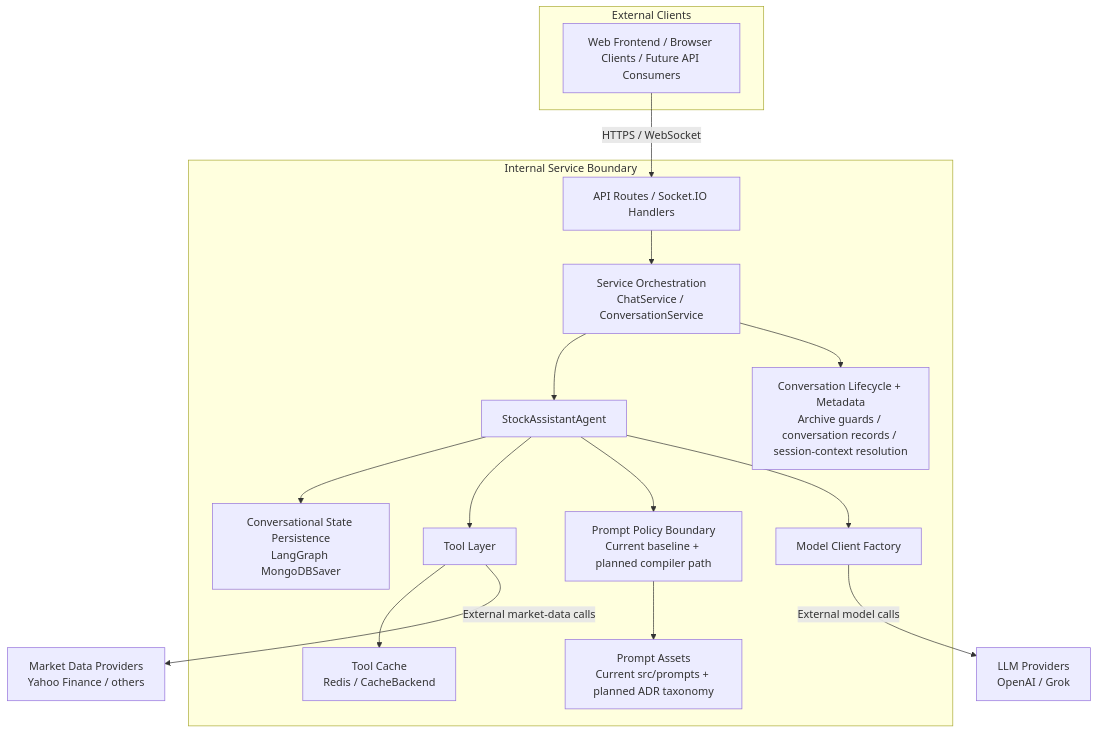
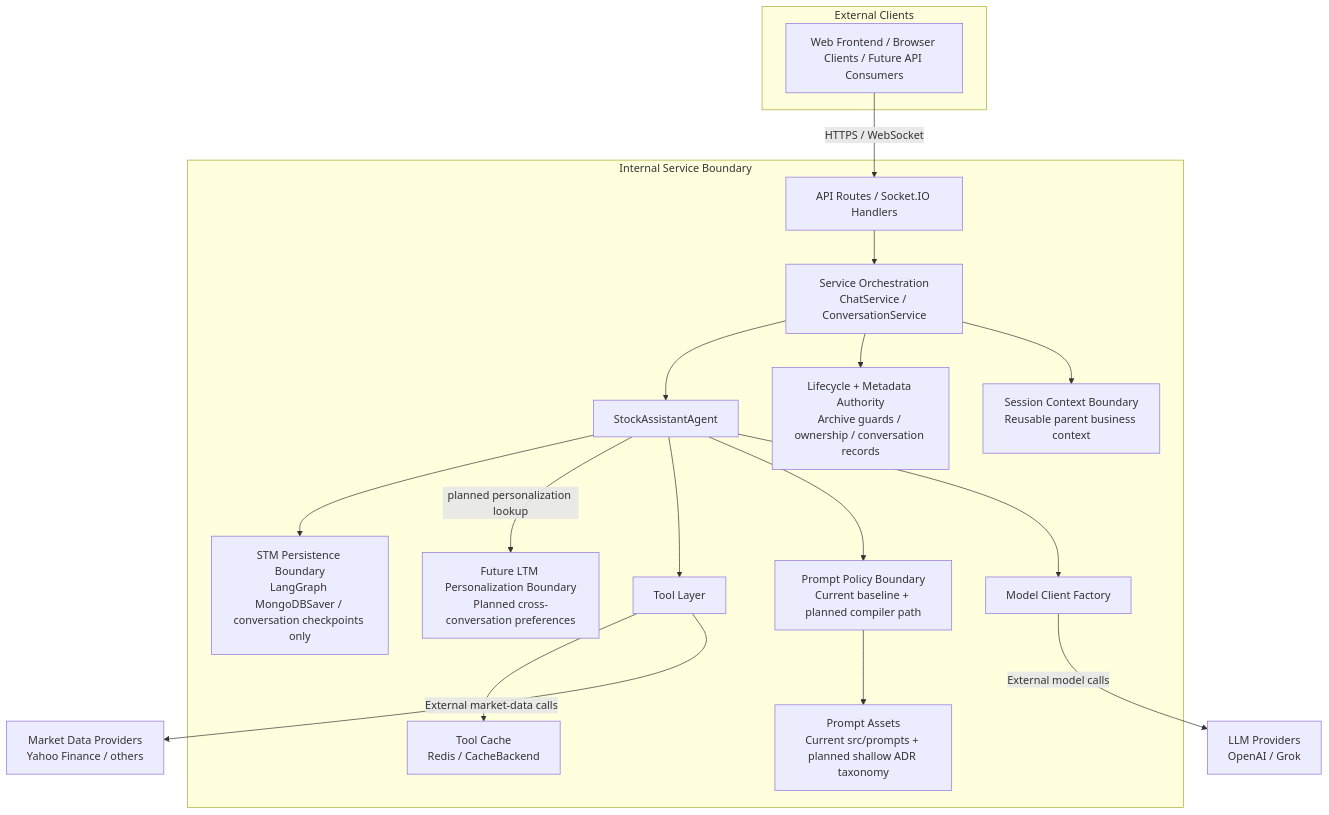
Before and after one commit to d-dragon/dp-stock-investment-assistant: the first of 12 diagrams in docs/domains/agent/ARCHITECTURE_DESIGN.md, drawn with Mermaid. The commit also changed other lines of this file and 7 other files, not shown here.

First line of the commit message:
docs(agent): align STM boundaries, prompt assets and compiler refinement

````diff
--- a/docs/domains/agent/ARCHITECTURE_DESIGN.md
+++ b/docs/domains/agent/ARCHITECTURE_DESIGN.md
@@ -193,34 +195,38 @@
 ```mermaid
 flowchart TD
   subgraph ExternalClients["External Clients"]
     Client["Web Frontend / Browser Clients / Future API Consumers"]
   end
 
   subgraph InternalBoundary["Internal Service Boundary"]
     Entry["API Routes / Socket.IO Handlers"]
     Service["Service Orchestration\nChatService / ConversationService"]
-    Lifecycle["Conversation Lifecycle + Metadata\nArchive guards / conversation records / session-context resolution"]
+    Lifecycle["Lifecycle + Metadata Authority\nArchive guards / ownership / conversation records"]
+    SessionContext["Session Context Boundary\nReusable parent business context"]
     Agent["StockAssistantAgent"]
-    Checkpoint["Conversational State Persistence\nLangGraph MongoDBSaver"]
+    Checkpoint["STM Persistence Boundary\nLangGraph MongoDBSaver / conversation checkpoints only"]
+    FutureLTM["Future LTM Personalization Boundary\nPlanned cross-conversation preferences"]
     ToolLayer["Tool Layer"]
     Redis["Tool Cache\nRedis / CacheBackend"]
     PromptSystem["Prompt Policy Boundary\nCurrent baseline + planned compiler path"]
-    PromptAssets["Prompt Assets\nCurrent src/prompts + planned ADR taxonomy"]
+    PromptAssets["Prompt Assets\nCurrent src/prompts + planned shallow ADR taxonomy"]
     ModelFactory["Model Client Factory"]
   end
 
   LLM["LLM Providers\nOpenAI / Grok"]
   Market["Market Data Providers\nYahoo Finance / others"]
 
   Client -->|"HTTPS / WebSocket"| Entry
   Entry --> Service --> Agent
   Service --> Lifecycle
+  Service --> SessionContext
   Agent --> Checkpoint
+  Agent -->|"planned personalization lookup"| FutureLTM
   Agent --> ToolLayer
   ToolLayer --> Redis
   Agent --> PromptSystem
   PromptSystem --> PromptAssets
   Agent --> ModelFactory
   ModelFactory -->|"External model calls"| LLM
   ToolLayer -->|"External market-data calls"| Market
 ```
````
